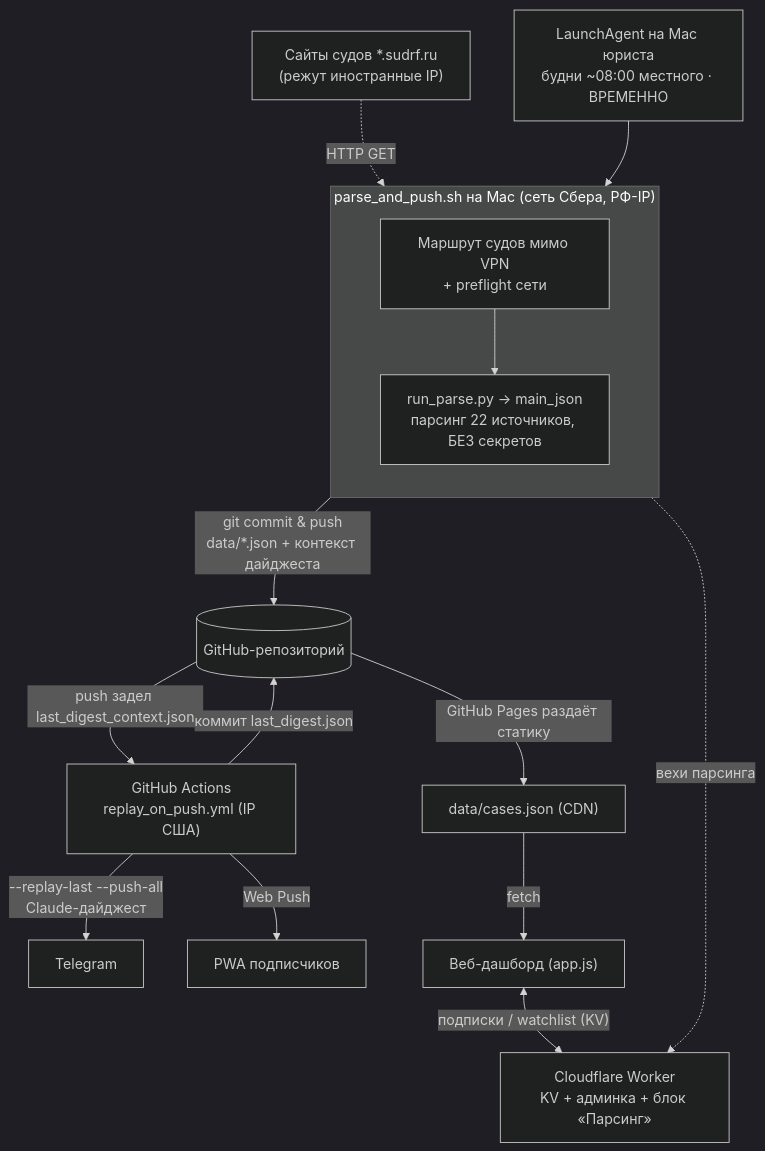
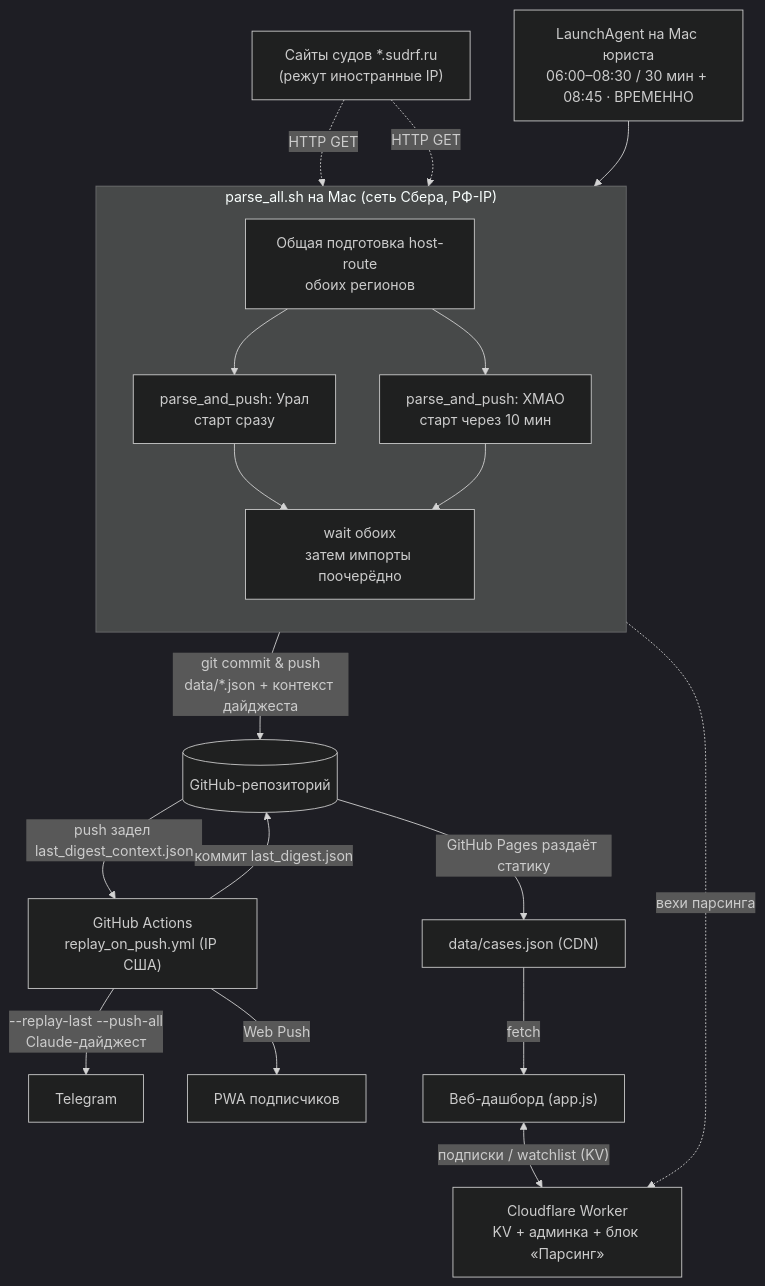
One commit to SelivanovAS/dashboard changed the diagram in docs/technical/01-обзор-и-архитектура.md. Above: the diagram before and after it, drawn with Mermaid (dark theme). The commit also changed other lines of this file and 11 other files, not shown here.

````diff
--- a/docs/technical/01-обзор-и-архитектура.md
+++ b/docs/technical/01-обзор-и-архитектура.md
@@ -52,24 +52,28 @@
 ```mermaid
 flowchart TD
-    LAUNCHD["LaunchAgent на Mac юриста<br/>будни ~08:00 местного · ВРЕМЕННО"] --> WRAP
+    LAUNCHD["LaunchAgent на Mac юриста<br/>06:00–08:30 / 30 мин + 08:45 · ВРЕМЕННО"] --> WRAP
 
-    subgraph WRAP["parse_and_push.sh на Mac (сеть Сбера, РФ-IP)"]
+    subgraph WRAP["parse_all.sh на Mac (сеть Сбера, РФ-IP)"]
         direction TB
-        ROUTE["Маршрут судов мимо VPN<br/>+ preflight сети"]
-        SCRIPT["run_parse.py → main_json<br/>парсинг 22 источников, БЕЗ секретов"]
-        ROUTE --> SCRIPT
+        ROUTE["Общая подготовка host-route<br/>обоих регионов"]
+        URAL["parse_and_push: Урал<br/>старт сразу"]
+        HMAO["parse_and_push: ХМАО<br/>старт через 10 мин"]
+        BARRIER["wait обоих<br/>затем импорты поочерёдно"]
+        ROUTE --> URAL --> BARRIER
+        ROUTE --> HMAO --> BARRIER
     end
 
-    COURTS["Сайты судов *.sudrf.ru<br/>(режут иностранные IP)"] -.HTTP GET.-> SCRIPT
+    COURTS["Сайты судов *.sudrf.ru<br/>(режут иностранные IP)"] -.HTTP GET.-> URAL
+    COURTS -.HTTP GET.-> HMAO
     WRAP -->|"git commit & push<br/>data/*.json + контекст дайджеста"| REPO[("GitHub-репозиторий")]
     WRAP -.вехи парсинга.-> ADMIN["Cloudflare Worker<br/>KV + админка + блок «Парсинг»"]
 
     REPO -->|"push задел last_digest_context.json"| REPLAY["GitHub Actions<br/>replay_on_push.yml (IP США)"]
     REPLAY -->|"--replay-last --push-all<br/>Claude-дайджест"| TG["Telegram"]
     REPLAY -->|"Web Push"| PUSH["PWA подписчиков"]
     REPLAY -->|"коммит last_digest.json"| REPO
 
     REPO -->|"GitHub Pages раздаёт статику"| PAGES["data/cases.json (CDN)"]
     PAGES -->|"fetch"| DASH["Веб-дашборд (app.js)"]
     DASH <-->|"подписки / watchlist (KV)"| ADMIN
 ```
````
